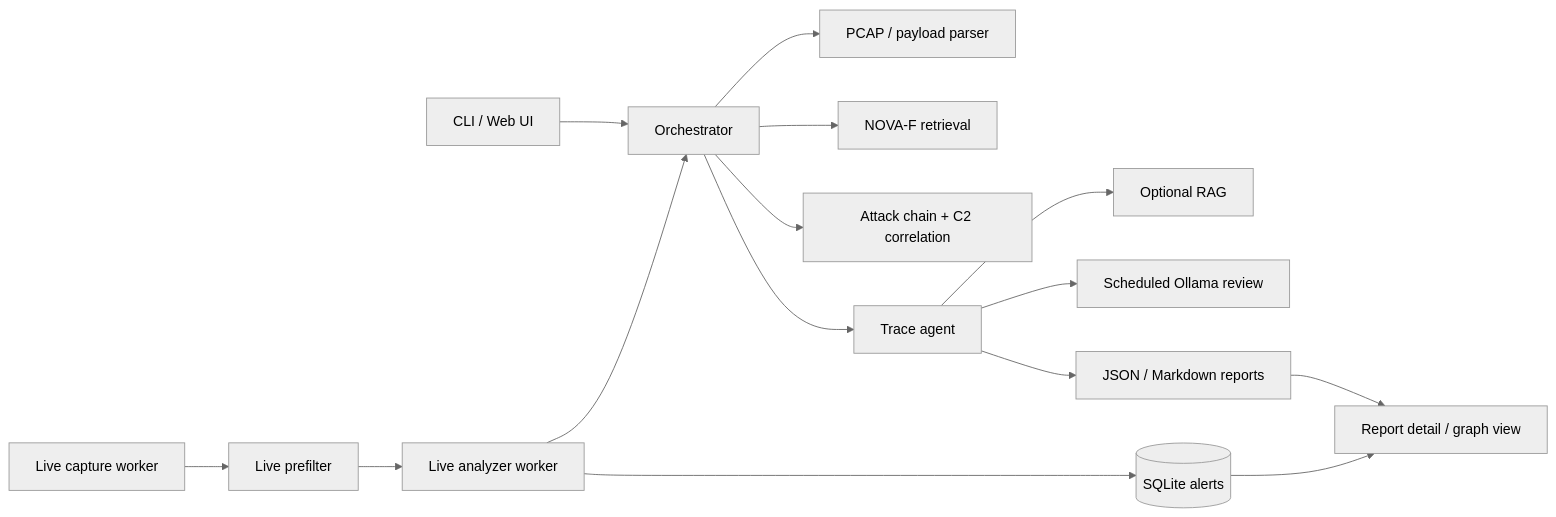
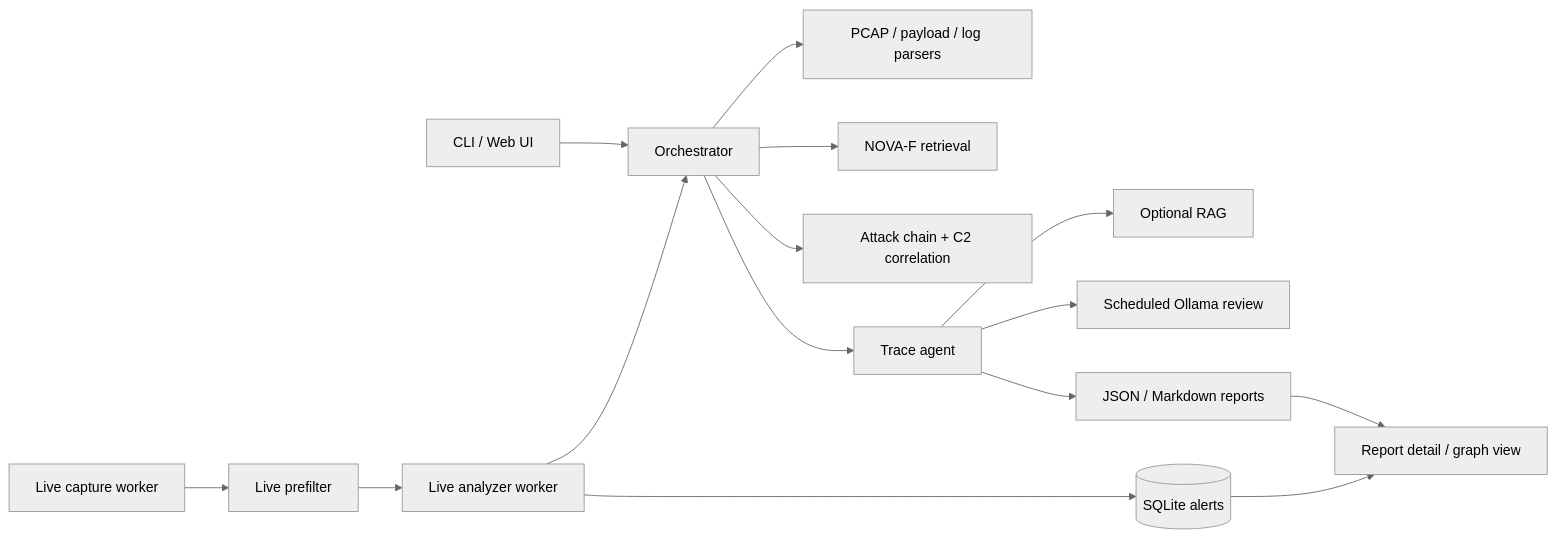
Before and after one commit to sishijiuhack/FlowTragent: the diagram in README.md, drawn with Mermaid (neutral theme). The commit also changed other lines of this file and 14 other files, not shown here.

````diff
--- a/README.md
+++ b/README.md
@@ -9,17 +13,17 @@
 ```mermaid
 flowchart LR
     CLI[CLI / Web UI] --> ORCH[Orchestrator]
     LIVE[Live capture worker] --> PREF[Live prefilter]
     PREF --> ANALYZER[Live analyzer worker]
     ANALYZER --> ORCH
-    ORCH --> PARSER[PCAP / payload parser]
+    ORCH --> PARSER[PCAP / payload / log parsers]
     ORCH --> NOVA[NOVA-F retrieval]
     ORCH --> CORR[Attack chain + C2 correlation]
     ORCH --> AGENT[Trace agent]
     AGENT --> RAG[Optional RAG]
     AGENT --> OLLAMA[Scheduled Ollama review]
     AGENT --> REPORT[JSON / Markdown reports]
     ANALYZER --> ALERTS[(SQLite alerts)]
     REPORT --> WEB[Report detail / graph view]
     ALERTS --> WEB
 ```
````
